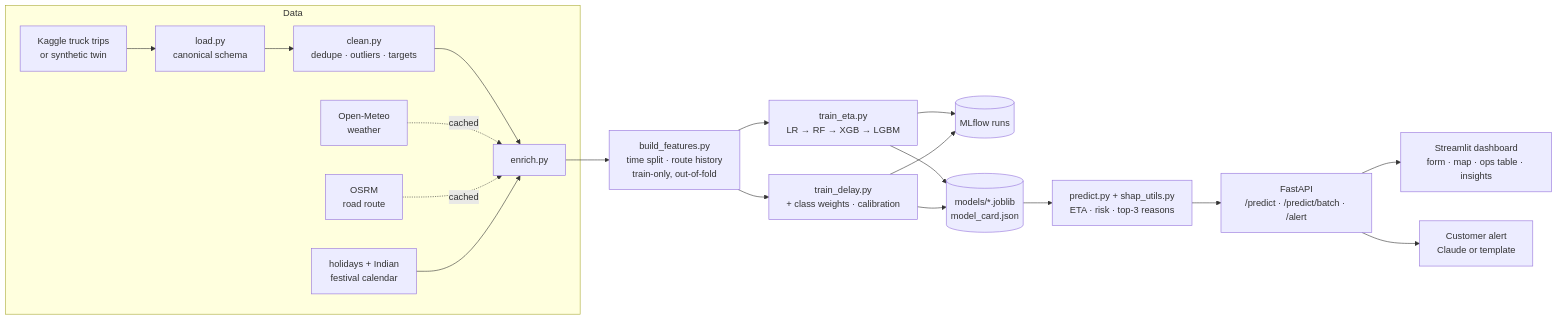
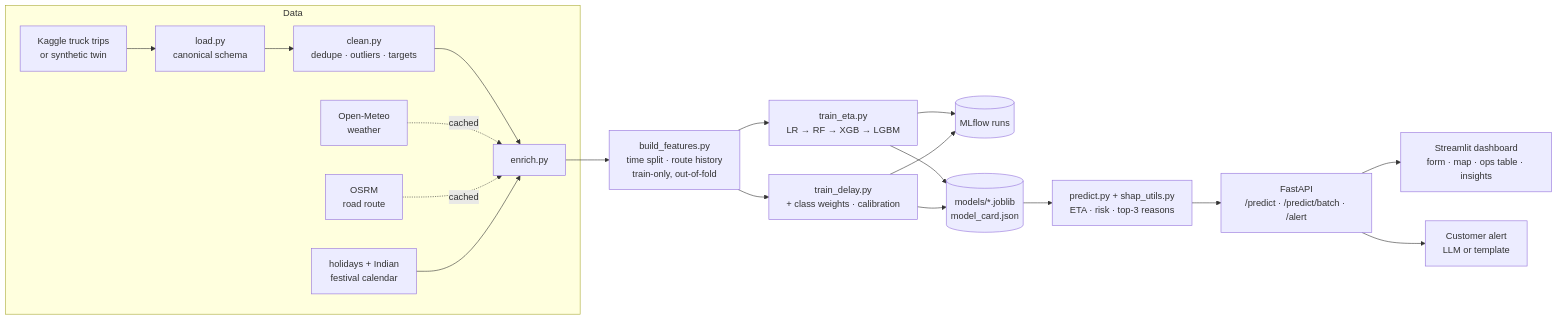
Before and after one commit to Himakshsharma/ARRIVO: the diagram in README.md, drawn with Mermaid. The commit also changed other lines of this file and 25 other files, not shown here.

````diff
--- a/README.md
+++ b/README.md
@@ -122,20 +122,20 @@
 ```mermaid
 flowchart LR
   subgraph Data
     A[Kaggle truck trips<br/>or synthetic twin] --> B[load.py<br/>canonical schema]
     B --> C[clean.py<br/>dedupe · outliers · targets]
     C --> D[enrich.py]
     W[Open-Meteo<br/>weather] -.cached.-> D
     O[OSRM<br/>road route] -.cached.-> D
     H[holidays + Indian<br/>festival calendar] --> D
   end
   D --> F[build_features.py<br/>time split · route history<br/>train-only, out-of-fold]
   F --> M1[train_eta.py<br/>LR → RF → XGB → LGBM]
   F --> M2[train_delay.py<br/>+ class weights · calibration]
   M1 & M2 --> T[(MLflow runs)]
   M1 & M2 --> J[(models/*.joblib<br/>model_card.json)]
   J --> P[predict.py + shap_utils.py<br/>ETA · risk · top-3 reasons]
   P --> API[FastAPI<br/>/predict · /predict/batch · /alert]
   API --> UI[Streamlit dashboard<br/>form · map · ops table · insights]
-  API --> LLM[Customer alert<br/>Claude or template]
+  API --> LLM[Customer alert<br/>LLM or template]
 ```
````
